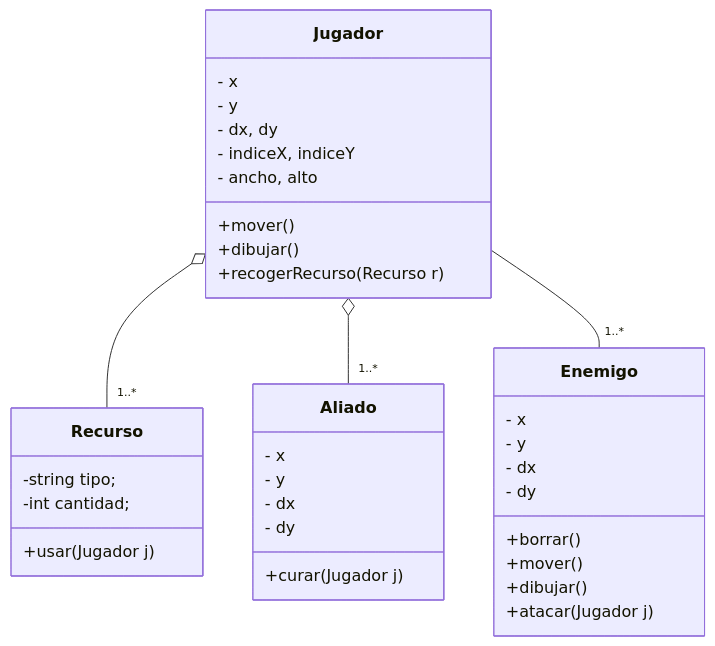
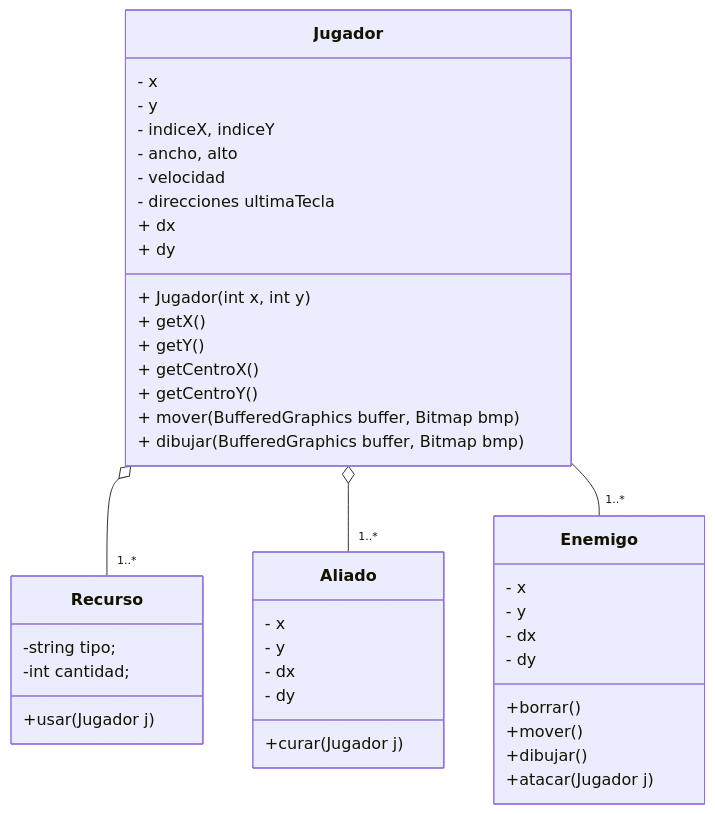
One commit to ismasscs51/algoritmos_group03_tf changed the diagram in INFORME.md. Above: the diagram before and after it, drawn with Mermaid.

Commit message:
Probando actualizacion de UML

````diff
--- a/INFORME.md
+++ b/INFORME.md
@@ -136,44 +136,51 @@
 ```mermaid
 classDiagram
 
 class Jugador {
 - x
 - y
-- dx, dy
 - indiceX, indiceY
 - ancho, alto
-+mover()
-+dibujar()
-+recogerRecurso(Recurso r)
+- velocidad
+- direcciones ultimaTecla
++ dx
++ dy
++ Jugador(int x, int y)
++ getX()
++ getY()
++ getCentroX()
++ getCentroY()
++ mover(BufferedGraphics buffer, Bitmap bmp)
++ dibujar(BufferedGraphics buffer, Bitmap bmp)
 }
 
 class Enemigo {
 - x
 - y
 - dx
 - dy
 +borrar()
 +mover()
 +dibujar()
 +atacar(Jugador j)
 }
 
 class Aliado {
 - x
 - y
 - dx
 - dy
 +curar(Jugador j)
 }
 
 class Recurso {
 -string tipo;
 -int cantidad;
 +usar(Jugador j)
 }
 
 Jugador o-- "1..*" Recurso
 Jugador o-- "1..*" Aliado
 Jugador -- "1..*" Enemigo
 
 ```
````
